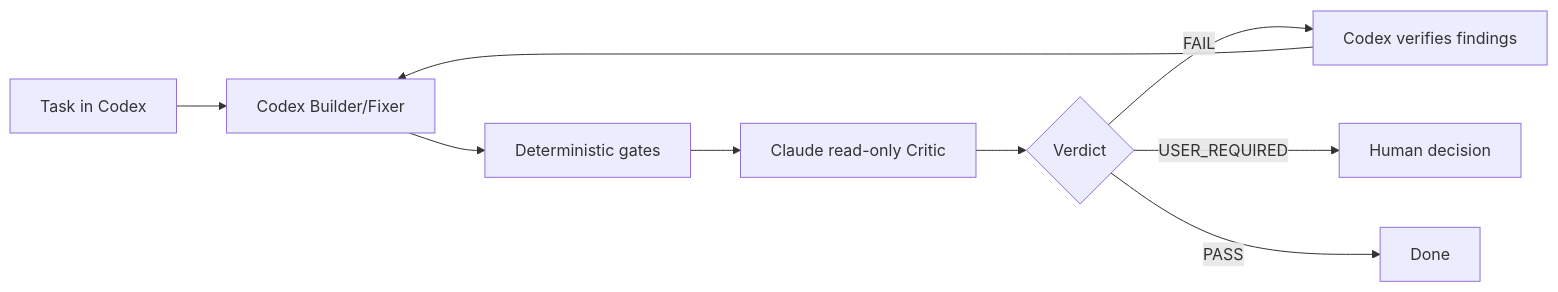
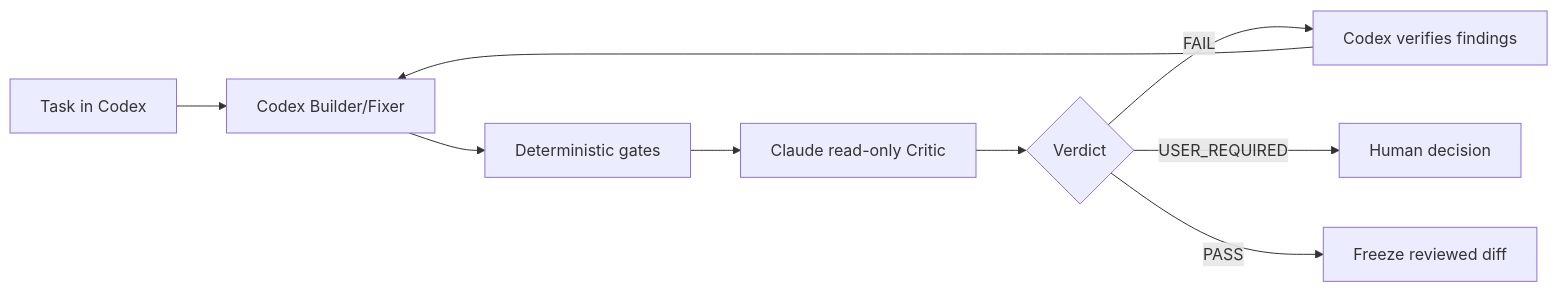
The diagram in README.md (mikhail494/PingPong), drawn with Mermaid before and after one commit. The commit also changed other lines of this file, not shown here.

Commit message:
Document final-diff review invariant

````diff
--- a/README.md
+++ b/README.md
@@ -91,11 +91,11 @@
 ```mermaid
 flowchart LR
     U[Task in Codex] --> B[Codex Builder/Fixer]
     B --> G[Deterministic gates]
     G --> C[Claude read-only Critic]
     C --> V{Verdict}
     V -->|FAIL| E[Codex verifies findings]
     E --> B
     V -->|USER_REQUIRED| H[Human decision]
-    V -->|PASS| D[Done]
+    V -->|PASS| D[Freeze reviewed diff]
 ```
````
